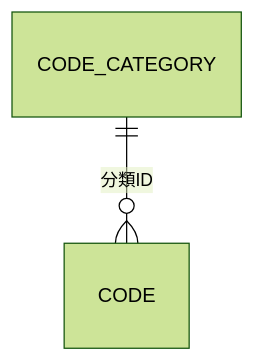
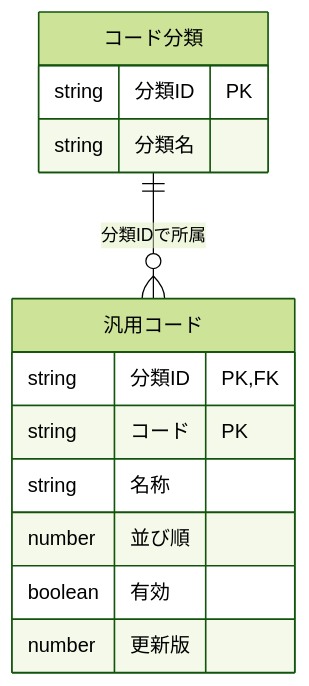
The second of 5 diagrams in sample-project2/spec/Access/基本設計書/06_汎用コードマスタ画面.md (tujinrong/contextbase-evaluation), drawn with Mermaid (forest theme) before and after one commit. The commit also changed other lines of this file and 132 other files, not shown here.

````diff
--- a/sample-project2/spec/Access/基本設計書/06_汎用コードマスタ画面.md
+++ b/sample-project2/spec/Access/基本設計書/06_汎用コードマスタ画面.md
@@ -73,4 +74,16 @@
 ```mermaid
 erDiagram
- CODE_CATEGORY ||--o{ CODE : "分類ID"
+ コード分類 ||--o{ 汎用コード : "分類IDで所属"
+ コード分類 {
+  string 分類ID PK
+  string 分類名
+ }
+ 汎用コード {
+  string 分類ID PK,FK
+  string コード PK
+  string 名称
+  number 並び順
+  boolean 有効
+  number 更新版
+ }
 ```
````
